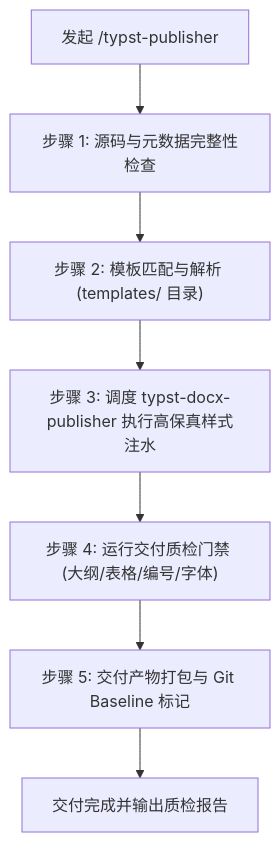
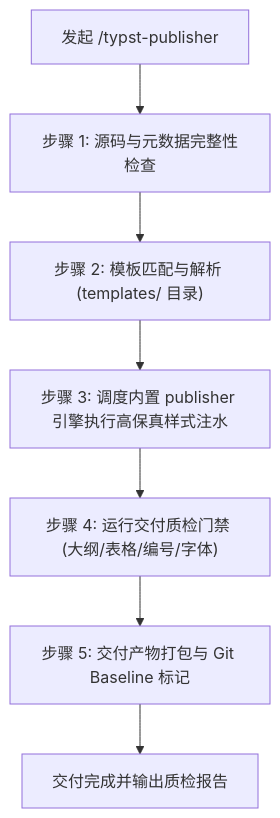
Before and after one commit to TREYWANGCQU/.gemini: the diagram in config/skills/typst-publisher/SKILL.md, drawn with Mermaid. The commit also changed other lines of this file and 25 other files, not shown here.

Commit message:
feat: add new skills, archive legacy components, and implement typst publisher script

````diff
--- a/config/skills/typst-publisher/SKILL.md
+++ b/config/skills/typst-publisher/SKILL.md
@@ -20,9 +20,9 @@
 ```mermaid
 flowchart TD
     Start["发起 /typst-publisher"] --> Step1["步骤 1: 源码与元数据完整性检查"]
     Step1 --> Step2["步骤 2: 模板匹配与解析 (templates/ 目录)"]
-    Step2 --> Step3["步骤 3: 调度 typst-docx-publisher 执行高保真样式注水"]
+    Step2 --> Step3["步骤 3: 调度内置 publisher 引擎执行高保真样式注水"]
     Step3 --> Step4["步骤 4: 运行交付质检门禁 (大纲/表格/编号/字体)"]
     Step4 --> Step5["步骤 5: 交付产物打包与 Git Baseline 标记"]
     Step5 --> End["交付完成并输出质检报告"]
 ```
````
